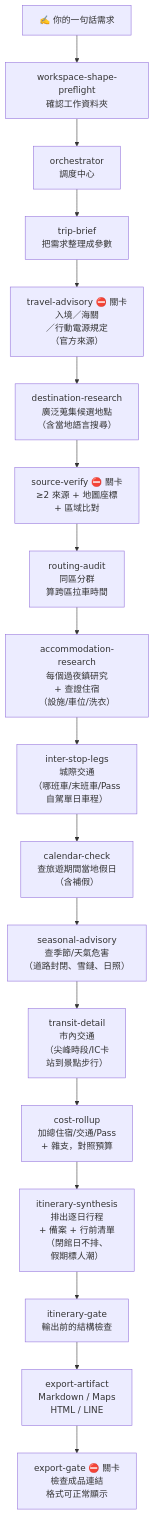
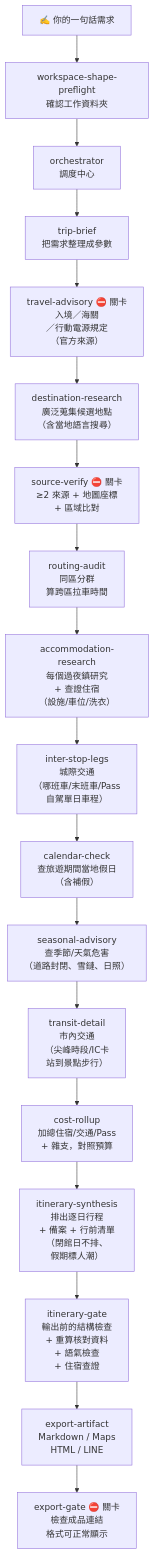
One commit to helping-ai-workflow/tripwork changed the diagram in README.md. Above: the diagram before and after it, drawn with Mermaid. The commit also changed other lines of this file and 11 other files, not shown here.

````diff
--- a/README.md
+++ b/README.md
@@ -113,22 +113,22 @@
 ```mermaid
 %%{init: {'flowchart':{'htmlLabels':true}}}%%
 flowchart TB
     P["✍️ 你的一句話需求"]
     P --> WSP["workspace-shape-preflight<br/>確認工作資料夾"]
     WSP --> ORC["orchestrator<br/>調度中心"]
     ORC --> TB["trip-brief<br/>把需求整理成參數"]
     TB --> ADV["travel-advisory ⛔ 關卡<br/>入境／海關<br/>／行動電源規定<br/>（官方來源）"]
     ADV --> DR["destination-research<br/>廣泛蒐集候選地點<br/>（含當地語言搜尋）"]
     DR --> SV["source-verify ⛔ 關卡<br/>≥2 來源 + 地圖座標<br/>+ 區域比對"]
     SV --> RA["routing-audit<br/>同區分群<br/>算跨區拉車時間"]
     RA --> ACC["accommodation-research<br/>每個過夜鎮研究<br/>+ 查證住宿<br/>（設施/車位/洗衣）"]
     ACC --> LEG["inter-stop-legs<br/>城際交通<br/>（哪班車/末班車/Pass<br/>自駕單日車程）"]
     LEG --> CAL["calendar-check<br/>查旅遊期間當地假日<br/>（含補假）"]
     CAL --> SEA["seasonal-advisory<br/>查季節/天氣危害<br/>（道路封閉、雪鏈、日照）"]
     SEA --> TRN["transit-detail<br/>市內交通<br/>（尖峰時段/IC卡<br/>站到景點步行）"]
     TRN --> COST["cost-rollup<br/>加總住宿/交通/Pass<br/>+ 雜支，對照預算"]
     COST --> SYN["itinerary-synthesis<br/>排出逐日行程<br/>+ 備案 + 行前清單<br/>（閉館日不排、<br/>假期標人潮）"]
-    SYN --> GATE["itinerary-gate<br/>輸出前的結構檢查"]
+    SYN --> GATE["itinerary-gate<br/>輸出前的結構檢查<br/>+ 重算核對資料<br/>+ 語氣檢查<br/>+ 住宿查證"]
     GATE --> EXP["export-artifact<br/>Markdown / Maps<br/>HTML / LINE"]
     EXP --> EGATE["export-gate ⛔ 關卡<br/>檢查成品連結<br/>格式可正常顯示"]
 ```
````
